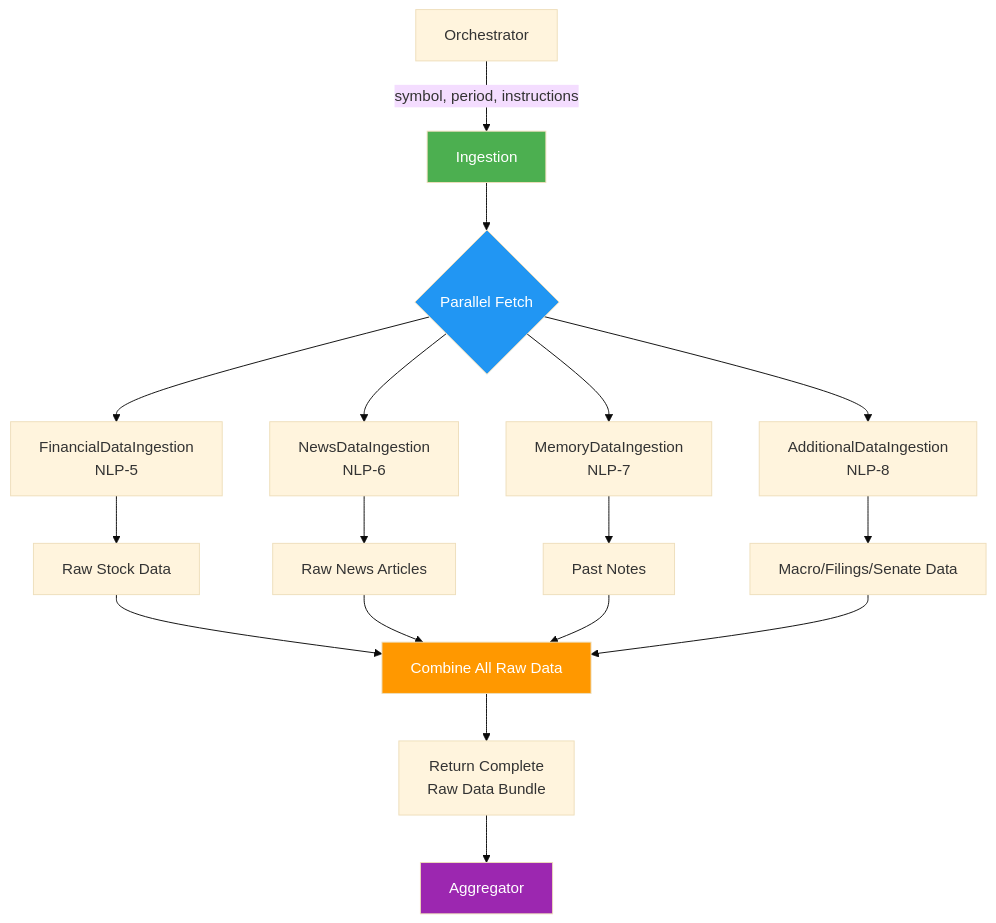
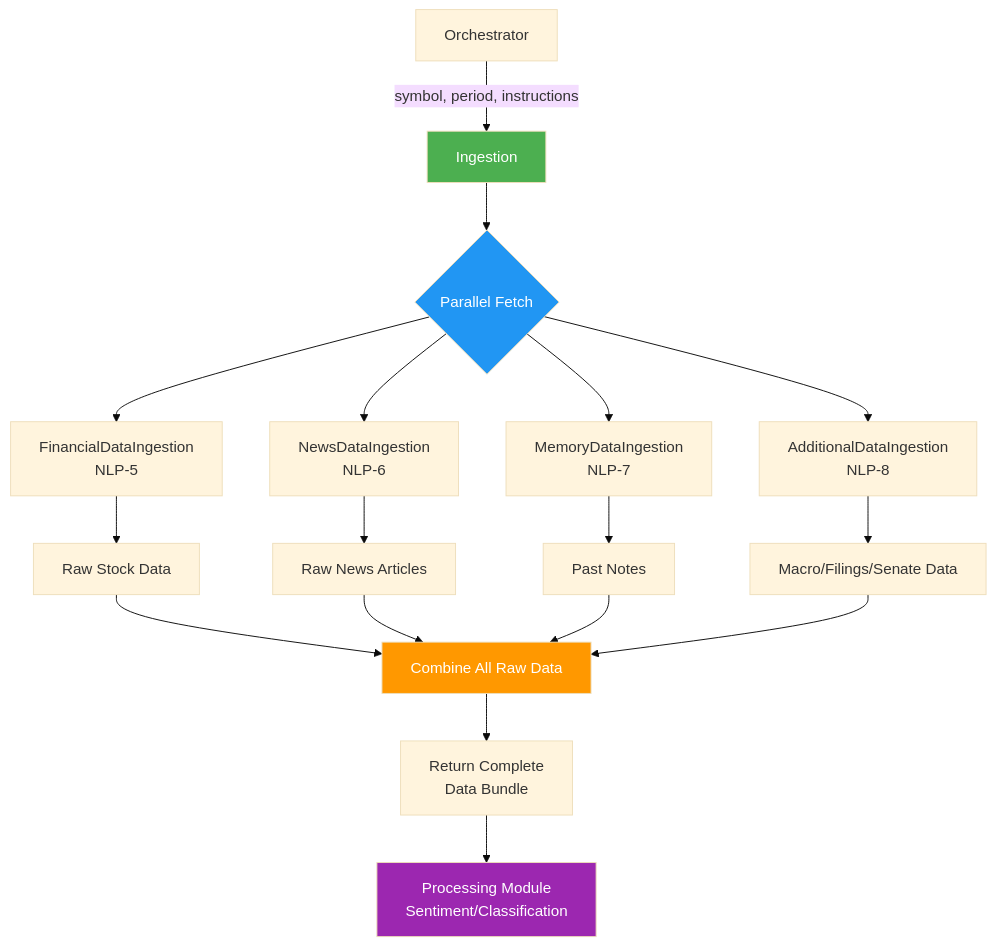
Before and after one commit to victorhg/aai-520-final-project-group5: the first of 3 diagrams in src/ingestion/ingestion-flow.md, drawn with Mermaid (base theme). The commit also changed other lines of this file and 14 other files, not shown here.

Commit message:
Refactor ingestion and aggregation modules: Replace FinancialAggregator and NewsAggregator with FinancialDataIngestion and NewsDataIngestion. Update notebooks to reflect new ingestion methods and remove outdated aggregator files and documentation.

````diff
--- a/src/ingestion/ingestion-flow.md
+++ b/src/ingestion/ingestion-flow.md
@@ -72,28 +74,28 @@
 ```mermaid
 graph TB
     A[Orchestrator] -->|symbol, period, instructions| B[Ingestion]
     B --> C{Parallel Fetch}
     
     C --> D[FinancialDataIngestion<br/>NLP-5]
     C --> E[NewsDataIngestion<br/>NLP-6]
     C --> F[MemoryDataIngestion<br/>NLP-7]
     C --> G[AdditionalDataIngestion<br/>NLP-8]
     
     D --> H[Raw Stock Data]
     E --> I[Raw News Articles]
     F --> J[Past Notes]
     G --> K[Macro/Filings/Senate Data]
     
     H --> L[Combine All Raw Data]
     I --> L
     J --> L
     K --> L
     
-    L --> M[Return Complete<br/>Raw Data Bundle]
-    M --> N[Aggregator]
+    L --> M[Return Complete<br/>Data Bundle]
+    M --> N[Processing Module<br/>Sentiment/Classification]
     
     style B fill:#4CAF50,color:#fff
     style C fill:#2196F3,color:#fff
     style L fill:#FF9800,color:#fff
     style N fill:#9C27B0,color:#fff
 ```
````
